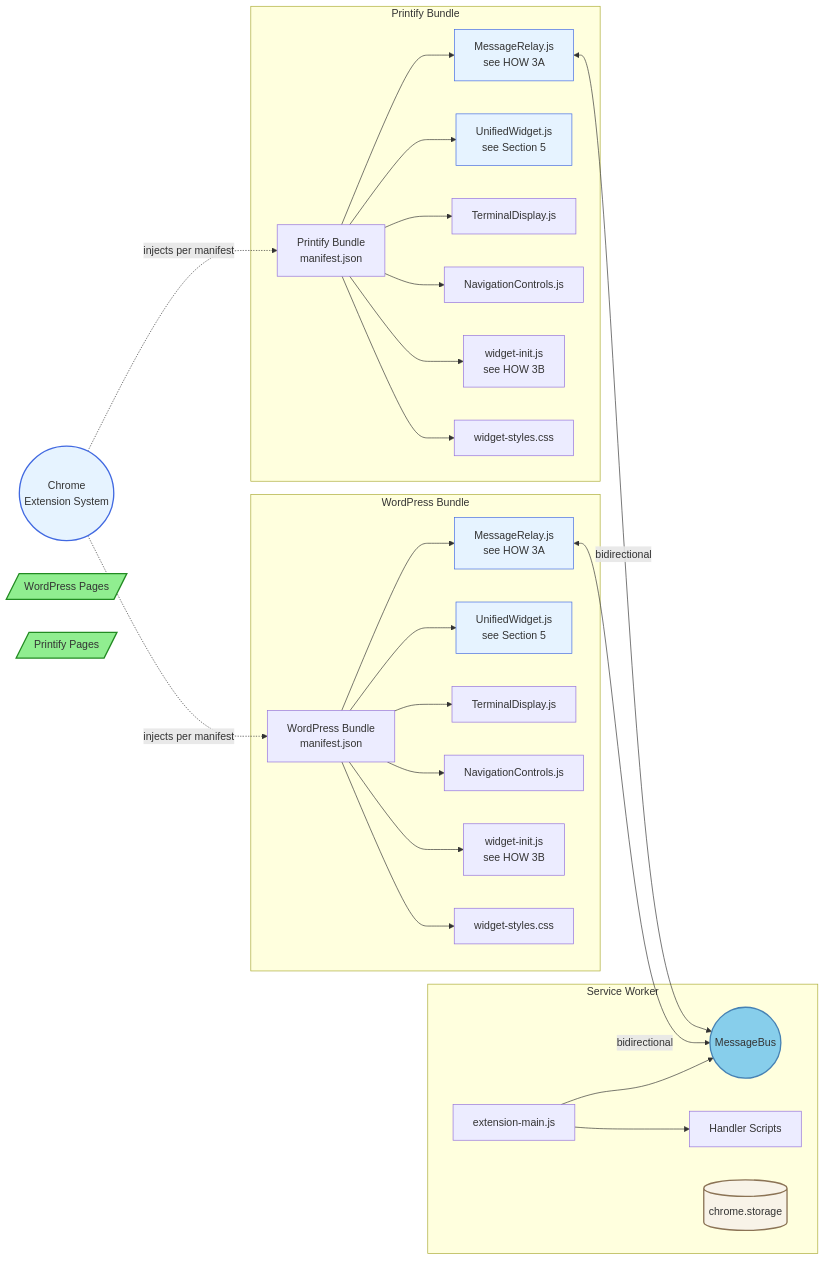
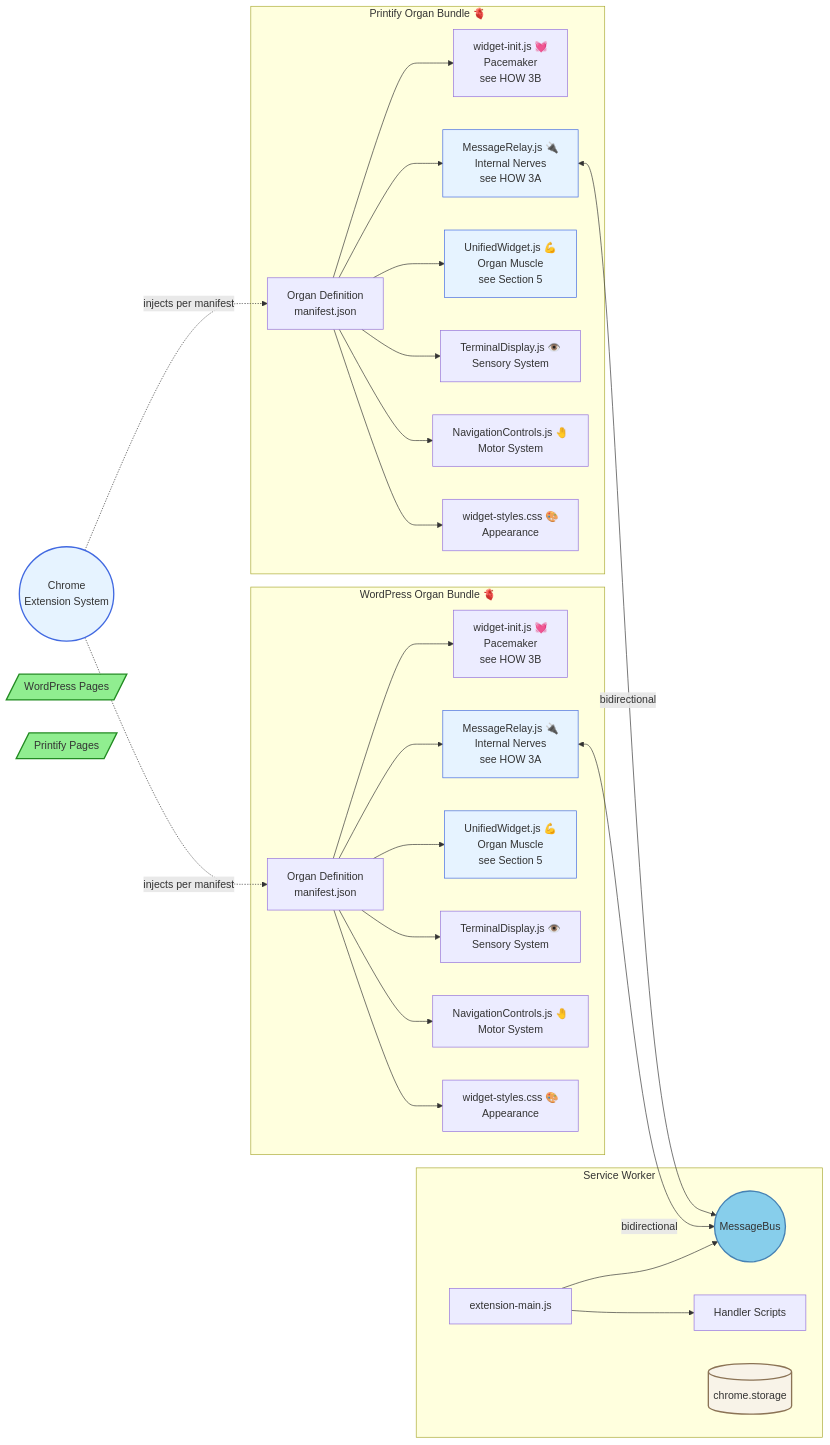
The fourth of 7 diagrams in guidelines/sip-printify-manager-extension-guidelines-v4.md (tdemelle-SiP/.claude), drawn with Mermaid before and after one commit. The commit also changed other lines of this file, not shown here.

````diff
--- a/guidelines/sip-printify-manager-extension-guidelines-v4.md
+++ b/guidelines/sip-printify-manager-extension-guidelines-v4.md
@@ -594,53 +663,53 @@
 ```mermaid
 graph LR
   Chrome((Chrome<br/>Extension System))
   
   subgraph "Service Worker"
     Background[extension-main.js] --> MessageBus((MessageBus))
     Background --> Handlers[Handler Scripts]
     Storage[(chrome.storage)]
   end
   
-  subgraph "WordPress Bundle"
-    WPBundle[WordPress Bundle<br/>manifest.json]
-    WPBundle --> MessageRelay1[MessageRelay.js<br/>see HOW 3A]
-    WPBundle --> UnifiedWidget1[UnifiedWidget.js<br/>see Section 5]
-    WPBundle --> TerminalDisplay1[TerminalDisplay.js]
-    WPBundle --> NavigationControls1[NavigationControls.js]
-    WPBundle --> WidgetInit1[widget-init.js<br/>see HOW 3B]
-    WPBundle --> WidgetStyles1[widget-styles.css]
+  subgraph "WordPress Organ Bundle 🫀"
+    WPBundle[Organ Definition<br/>manifest.json]
+    WPBundle --> WidgetInit1[widget-init.js 💓<br/>Pacemaker<br/>see HOW 3B]
+    WPBundle --> MessageRelay1[MessageRelay.js 🔌<br/>Internal Nerves<br/>see HOW 3A]
+    WPBundle --> UnifiedWidget1[UnifiedWidget.js 💪<br/>Organ Muscle<br/>see Section 5]
+    WPBundle --> TerminalDisplay1[TerminalDisplay.js 👁️<br/>Sensory System]
+    WPBundle --> NavigationControls1[NavigationControls.js 🤚<br/>Motor System]
+    WPBundle --> WidgetStyles1[widget-styles.css 🎨<br/>Appearance]
   end
-  
-  subgraph "Printify Bundle"
-    PFBundle[Printify Bundle<br/>manifest.json]
-    PFBundle --> MessageRelay2[MessageRelay.js<br/>see HOW 3A]
-    PFBundle --> UnifiedWidget2[UnifiedWidget.js<br/>see Section 5]
-    PFBundle --> TerminalDisplay2[TerminalDisplay.js]
-    PFBundle --> NavigationControls2[NavigationControls.js]
-    PFBundle --> WidgetInit2[widget-init.js<br/>see HOW 3B]
-    PFBundle --> WidgetStyles2[widget-styles.css]
+
+  subgraph "Printify Organ Bundle 🫀"
+    PFBundle[Organ Definition<br/>manifest.json]
+    PFBundle --> WidgetInit2[widget-init.js 💓<br/>Pacemaker<br/>see HOW 3B]
+    PFBundle --> MessageRelay2[MessageRelay.js 🔌<br/>Internal Nerves<br/>see HOW 3A]
+    PFBundle --> UnifiedWidget2[UnifiedWidget.js 💪<br/>Organ Muscle<br/>see Section 5]
+    PFBundle --> TerminalDisplay2[TerminalDisplay.js 👁️<br/>Sensory System]
+    PFBundle --> NavigationControls2[NavigationControls.js 🤚<br/>Motor System]
+    PFBundle --> WidgetStyles2[widget-styles.css 🎨<br/>Appearance]
   end
   
   WPPage[/WordPress Pages/]
   PrintifyPage[/Printify Pages/]
   
   MessageRelay1 <-->|bidirectional| MessageBus
   MessageRelay2 <-->|bidirectional| MessageBus
   
   Chrome -.->|injects per manifest| WPBundle
   Chrome -.->|injects per manifest| PFBundle
   
   %% Style definitions
   classDef userFacingStyle fill:#90EE90,stroke:#228B22,stroke-width:2px
   classDef routerStyle fill:#87CEEB,stroke:#4682B4,stroke-width:2px
   classDef scriptStyle fill:#E6F3FF,stroke:#4169E1,stroke-width:1px
   classDef storageStyle fill:#F8F3E8,stroke:#8B7355,stroke-width:2px
   classDef chromeStyle fill:#E6F3FF,stroke:#4169E1,stroke-width:2px
   
   %% Apply styles
   class WPPage,PrintifyPage userFacingStyle
   class MessageBus routerStyle
   class MessageRelay1,MessageRelay2,UnifiedWidget1,UnifiedWidget2 scriptStyle
   class Storage storageStyle
   class Chrome chromeStyle
 ```
````
